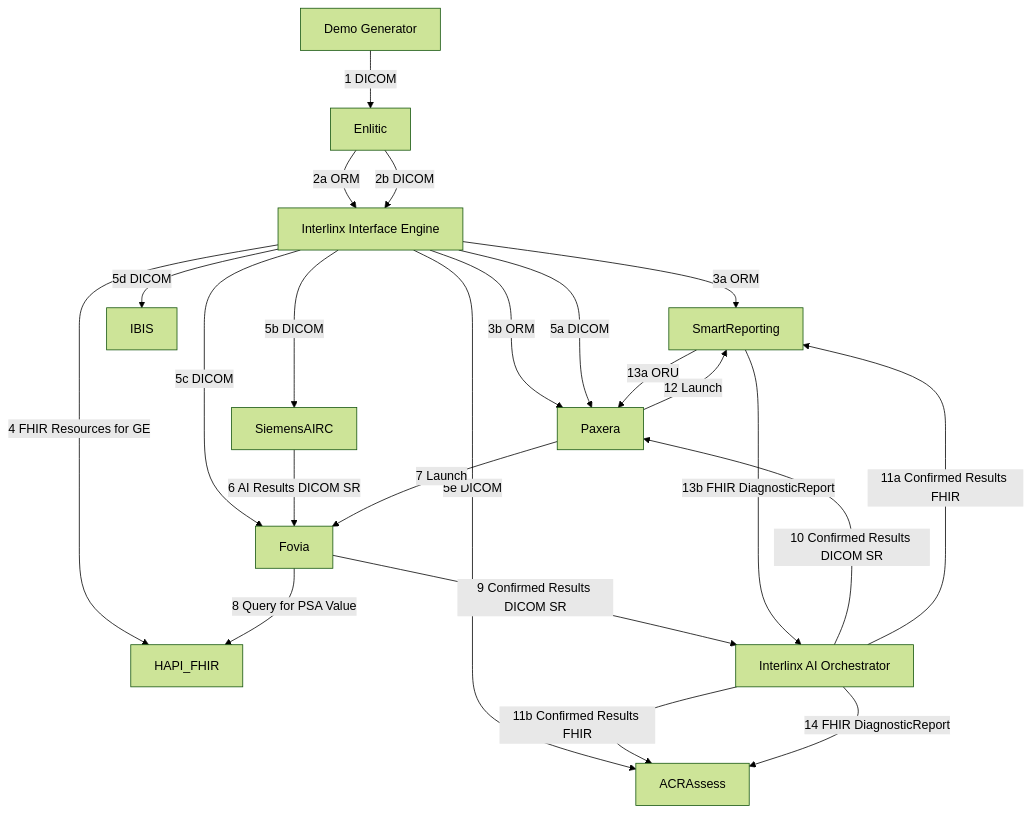
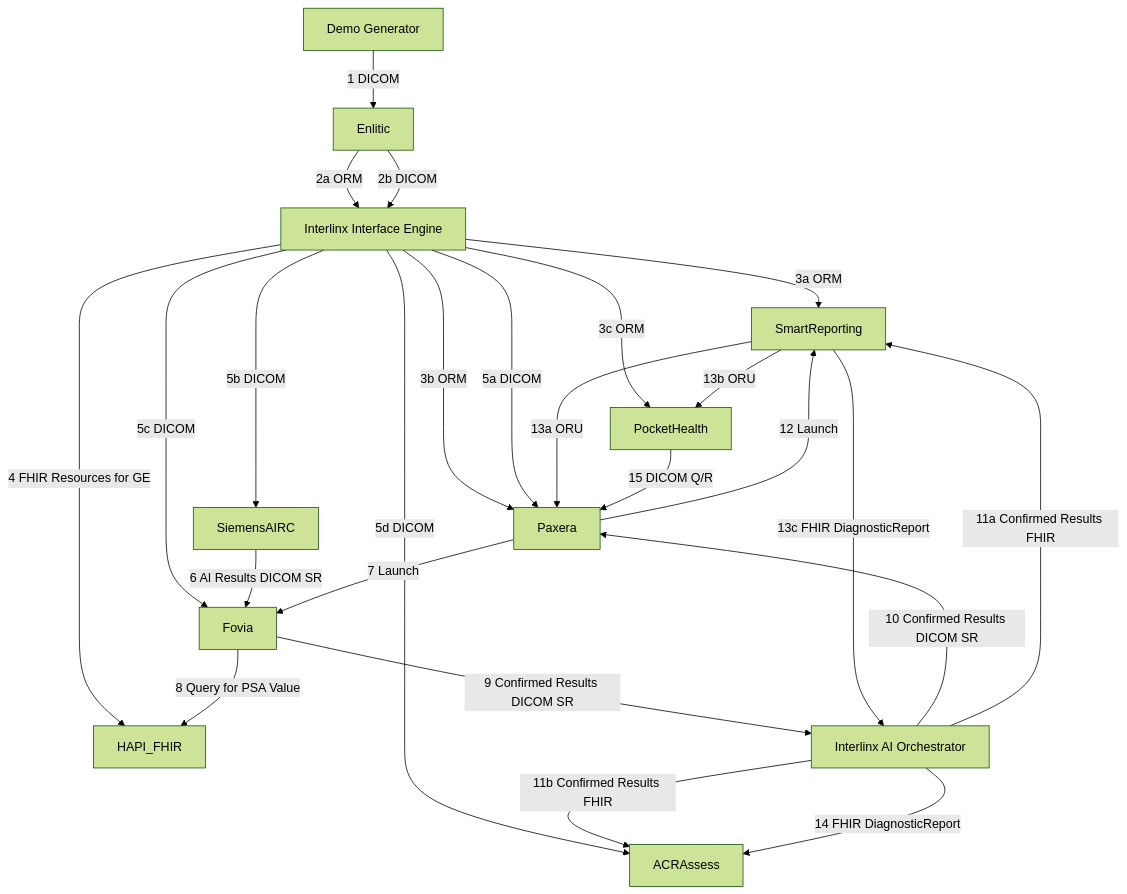
The diagram in ettinger/diagram-prostate-mr.md (mohannadhussain/rsna-2024-rr-demo), drawn with Mermaid (forest theme) before and after one commit.

Commit message:
Added Pocket Health and removed IBIS

````diff
--- a/ettinger/diagram-prostate-mr.md
+++ b/ettinger/diagram-prostate-mr.md
@@ -4,38 +4,41 @@
 ```mermaid
 flowchart TD
     Generator[Demo Generator] --> |1 DICOM| Enlitic
 
     Enlitic --> |2a ORM| InterlinxIE[Interlinx Interface Engine]
     Enlitic --> |2b DICOM| InterlinxIE
 
     InterlinxIE --> |3a ORM| SmartReporting
     InterlinxIE --> |3b ORM| Paxera
+    InterlinxIE --> |3c ORM| PocketHealth
 
     InterlinxIE --> |4 FHIR Resources for GE| HAPI_FHIR
 
     InterlinxIE --> |5a DICOM| Paxera
     InterlinxIE --> |5b DICOM| SiemensAIRC
     InterlinxIE --> |5c DICOM| Fovia
-    InterlinxIE --> |5d DICOM| IBIS
-    InterlinxIE --> |5e DICOM| ACRAssess
+    InterlinxIE --> |5d DICOM| ACRAssess
 
     SiemensAIRC --> |6 AI Results DICOM SR| Fovia
 
     Paxera --> |7 Launch| Fovia
 
     Fovia --> |8 Query for PSA Value| HAPI_FHIR
 
     Fovia --> |9 Confirmed Results DICOM SR| InterlinxAIO[Interlinx AI Orchestrator]
 
     InterlinxAIO --> |10 Confirmed Results DICOM SR| Paxera
     
     InterlinxAIO --> |11a Confirmed Results FHIR| SmartReporting
     InterlinxAIO --> |11b Confirmed Results FHIR| ACRAssess
 
     Paxera --> |12 Launch| SmartReporting
 
     SmartReporting --> |13a ORU| Paxera
-    SmartReporting --> |13b FHIR DiagnosticReport| InterlinxAIO
+    SmartReporting --> |13b ORU| PocketHealth
+    SmartReporting --> |13c FHIR DiagnosticReport| InterlinxAIO
 
     InterlinxAIO --> |14 FHIR DiagnosticReport| ACRAssess
+
+    PocketHealth --> |15 DICOM Q/R| Paxera
 ```
````
